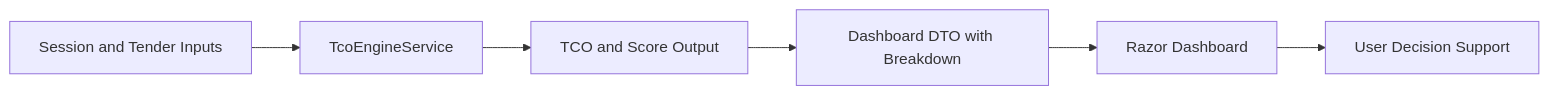
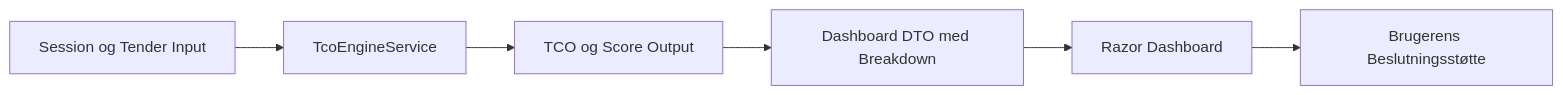
Before and after one commit to jonbach2012-design/PackagingTenderTool: the second of 2 diagrams in docs/DEVELOPER_LOG.md, drawn with Mermaid. The commit also changed other lines of this file, not shown here.

````diff
--- a/docs/DEVELOPER_LOG.md
+++ b/docs/DEVELOPER_LOG.md
@@ -392,8 +436,8 @@
 ```mermaid
 flowchart LR
-    S[Session and Tender Inputs] --> E[TcoEngineService]
-    E --> O[TCO and Score Output]
-    O --> D[Dashboard DTO with Breakdown]
+    S[Session og Tender Input] --> E[TcoEngineService]
+    E --> O[TCO og Score Output]
+    O --> D[Dashboard DTO med Breakdown]
     D --> R[Razor Dashboard]
-    R --> U[User Decision Support]
+    R --> U[Brugerens Beslutningsstøtte]
 ```
````
